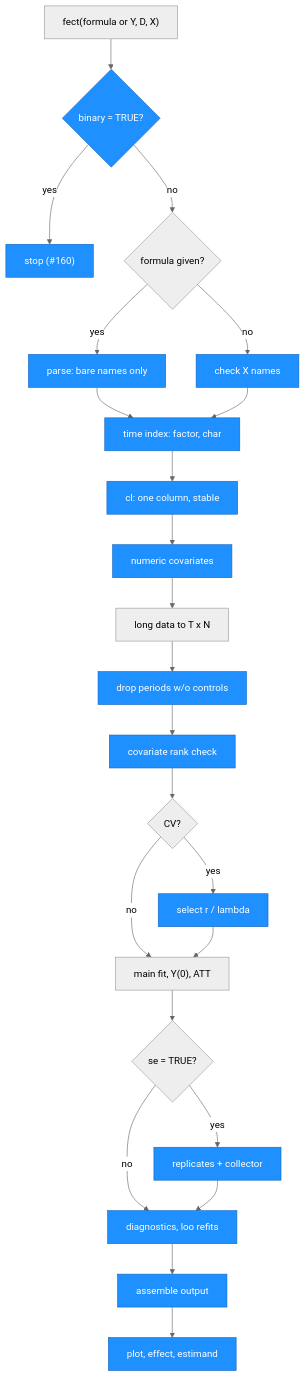
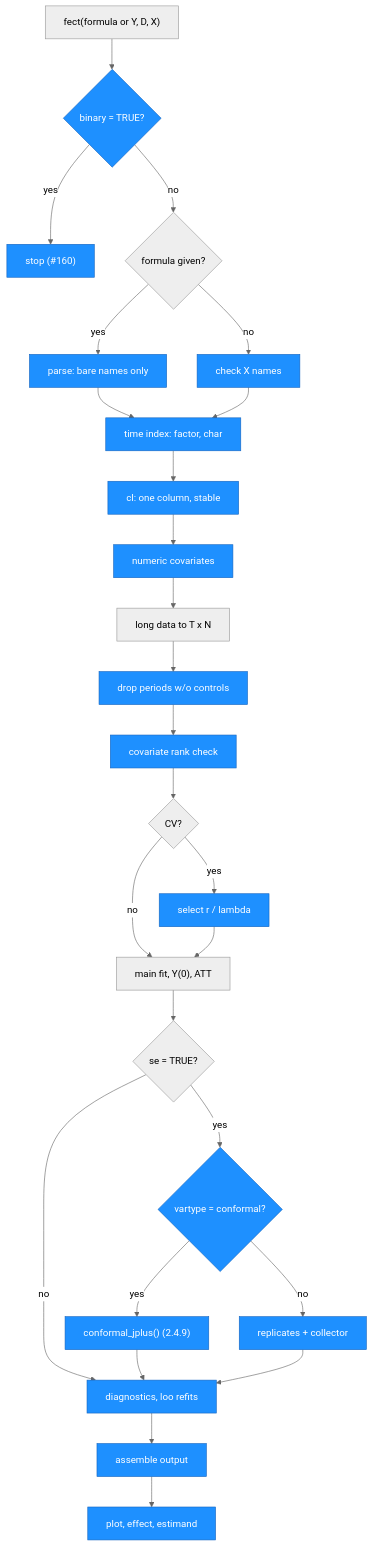
The eighth of 8 diagrams in ARCHITECTURE.md (xuyiqing/fect), drawn with Mermaid before and after one commit. The commit also changed other lines of this file and 7 other files, not shown here.

Commit message:
docs: conformal in 2.4.9 (Rd, NEWS, vignettes, ARCHITECTURE)

````diff
--- a/ARCHITECTURE.md
+++ b/ARCHITECTURE.md
@@ -567,62 +653,69 @@
 ```mermaid
 %%{init: {'theme': 'neutral'}}%%
 graph TD
     IN["fect(formula or Y, D, X)"]
     BQ{"binary = TRUE?"}
     BS["stop (#160)"]
     FQ{"formula given?"}
     PF["parse: bare names only"]
     PX["check X names"]
     TI["time index: factor, char"]
     CL["cl: one column, stable"]
     NC["numeric covariates"]
     MX["long data to T x N"]
     DP["drop periods w/o controls"]
     RK["covariate rank check"]
     CQ{"CV?"}
     CVB["select r / lambda"]
     FIT["main fit, Y(0), ATT"]
     SQ{"se = TRUE?"}
+    CF{"vartype = conformal?"}
+    CJ["conformal_jplus() (2.4.9)"]
     BOOT["replicates + collector"]
     DG["diagnostics, loo refits"]
     AS["assemble output"]
     PH["plot, effect, estimand"]
 
     IN --> BQ
     BQ -- yes --> BS
     BQ -- no --> FQ
     FQ -- yes --> PF
     FQ -- no --> PX
     PF --> TI
     PX --> TI
     TI --> CL
     CL --> NC
     NC --> MX
     MX --> DP
     DP --> RK
     RK --> CQ
     CQ -- yes --> CVB
     CQ -- no --> FIT
     CVB --> FIT
     FIT --> SQ
-    SQ -- yes --> BOOT
+    SQ -- yes --> CF
     SQ -- no --> DG
+    CF -- no --> BOOT
+    CF -- yes --> CJ
+    CJ --> DG
     BOOT --> DG
     DG --> AS
     AS --> PH
 
     style BQ fill:#1e90ff,stroke:#1565c0,color:#fff
     style BS fill:#1e90ff,stroke:#1565c0,color:#fff
     style PF fill:#1e90ff,stroke:#1565c0,color:#fff
     style PX fill:#1e90ff,stroke:#1565c0,color:#fff
     style TI fill:#1e90ff,stroke:#1565c0,color:#fff
     style CL fill:#1e90ff,stroke:#1565c0,color:#fff
     style NC fill:#1e90ff,stroke:#1565c0,color:#fff
     style DP fill:#1e90ff,stroke:#1565c0,color:#fff
     style RK fill:#1e90ff,stroke:#1565c0,color:#fff
     style CVB fill:#1e90ff,stroke:#1565c0,color:#fff
     style BOOT fill:#1e90ff,stroke:#1565c0,color:#fff
+    style CF fill:#1e90ff,stroke:#1565c0,color:#fff
+    style CJ fill:#1e90ff,stroke:#1565c0,color:#fff
     style DG fill:#1e90ff,stroke:#1565c0,color:#fff
     style AS fill:#1e90ff,stroke:#1565c0,color:#fff
     style PH fill:#1e90ff,stroke:#1565c0,color:#fff
 ```
````
